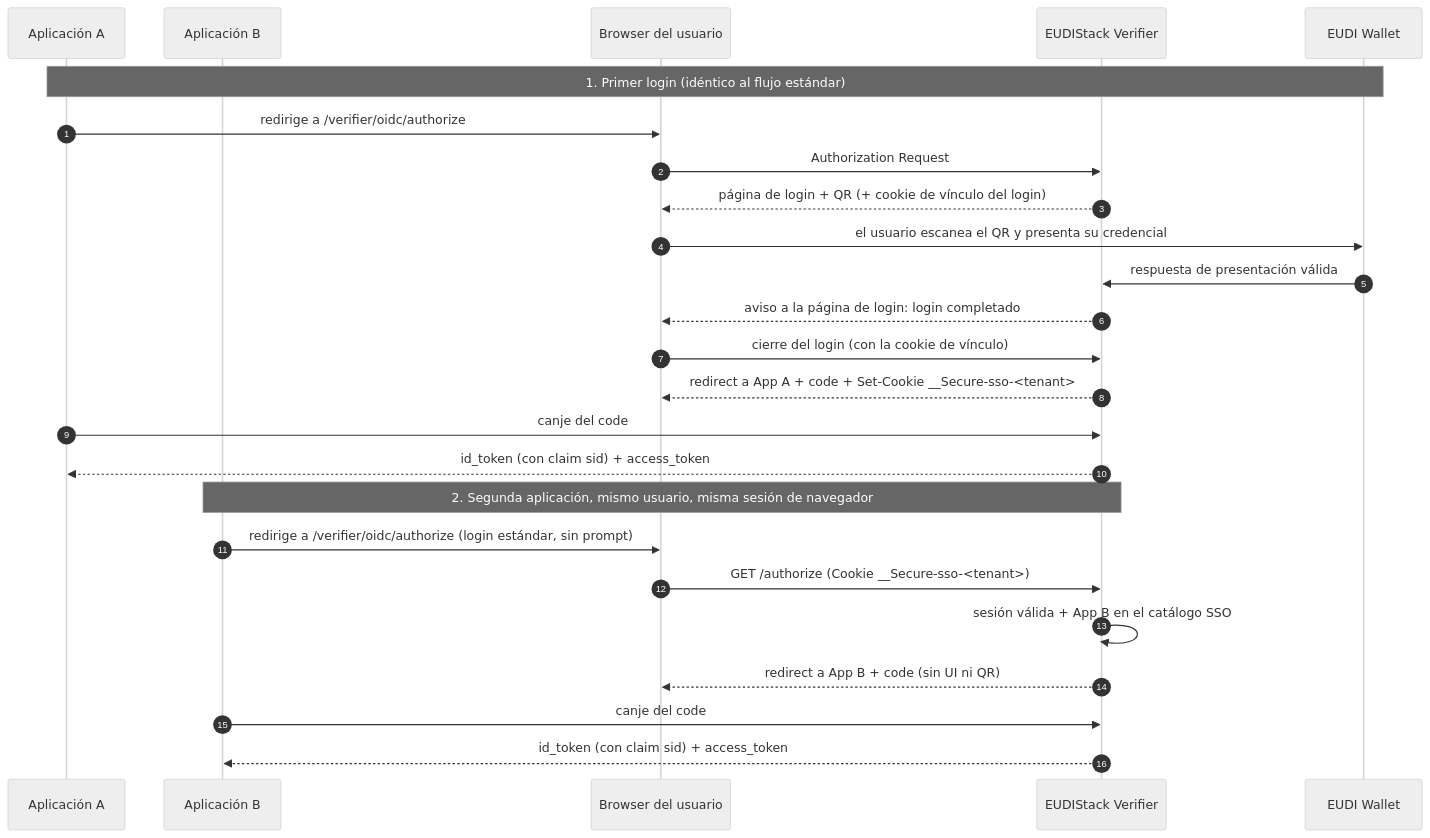
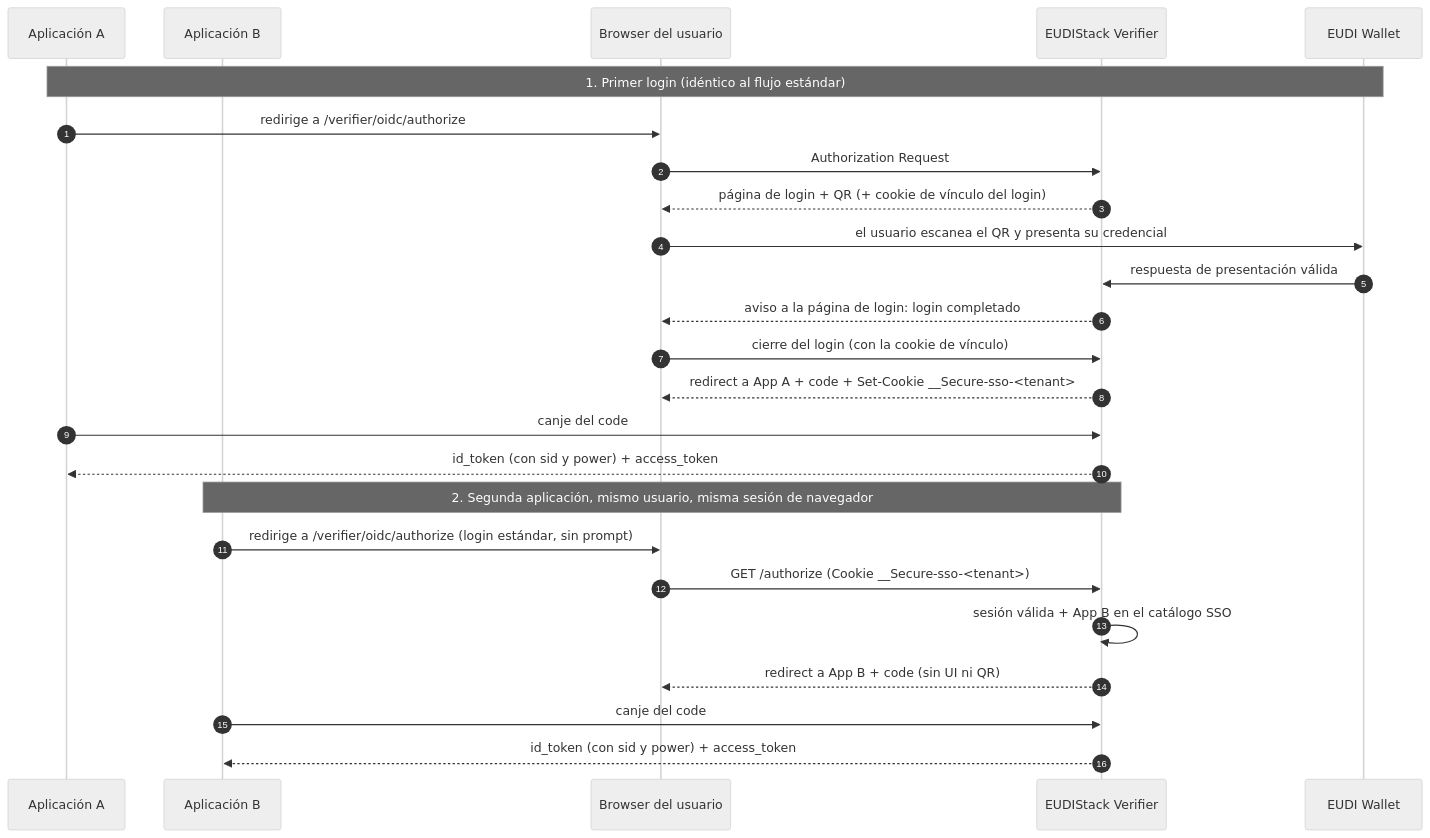
The first of 3 diagrams in docs/developers/guides/sso-multi-app.md (in2workspace/eudistack-platform-docs), drawn with Mermaid (neutral theme) before and after one commit. The commit also changed other lines of this file and 10 other files, not shown here.

````diff
--- a/docs/developers/guides/sso-multi-app.md
+++ b/docs/developers/guides/sso-multi-app.md
@@ -36,29 +36,29 @@
 ```mermaid
 sequenceDiagram
     autonumber
     participant App1 as Aplicación A
     participant App2 as Aplicación B
     participant Browser as Browser del usuario
     participant Verifier as EUDIStack Verifier
     participant Wallet as EUDI Wallet
 
     Note over App1,Wallet: 1. Primer login (idéntico al flujo estándar)
     App1->>Browser: redirige a /verifier/oidc/authorize
     Browser->>Verifier: Authorization Request
     Verifier-->>Browser: página de login + QR (+ cookie de vínculo del login)
     Browser->>Wallet: el usuario escanea el QR y presenta su credencial
     Wallet->>Verifier: respuesta de presentación válida
     Verifier-->>Browser: aviso a la página de login: login completado
     Browser->>Verifier: cierre del login (con la cookie de vínculo)
     Verifier-->>Browser: redirect a App A + code + Set-Cookie __Secure-sso-<tenant>
     App1->>Verifier: canje del code
-    Verifier-->>App1: id_token (con claim sid) + access_token
+    Verifier-->>App1: id_token (con sid y power) + access_token
 
     Note over App2,Verifier: 2. Segunda aplicación, mismo usuario, misma sesión de navegador
     App2->>Browser: redirige a /verifier/oidc/authorize (login estándar, sin prompt)
     Browser->>Verifier: GET /authorize (Cookie __Secure-sso-<tenant>)
     Verifier->>Verifier: sesión válida + App B en el catálogo SSO
     Verifier-->>Browser: redirect a App B + code (sin UI ni QR)
     App2->>Verifier: canje del code
-    Verifier-->>App2: id_token (con claim sid) + access_token
+    Verifier-->>App2: id_token (con sid y power) + access_token
 ```
````
